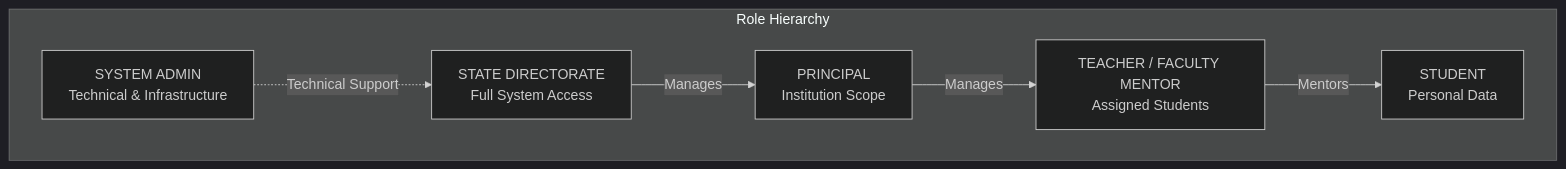
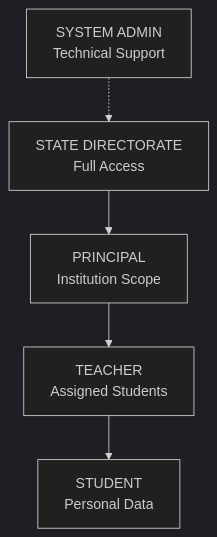
Before and after one commit to gunjangupta-gh/placeintern: the second of 58 diagrams in INTERNSHIP_PORTAL_FLOW_DIAGRAMS.md, drawn with Mermaid (dark theme). The commit also changed other lines of this file and 6 other files, not shown here.

````diff
--- a/INTERNSHIP_PORTAL_FLOW_DIAGRAMS.md
+++ b/INTERNSHIP_PORTAL_FLOW_DIAGRAMS.md
@@ -68,15 +42,7 @@
 ```mermaid
 flowchart TD
-    subgraph Hierarchy["Role Hierarchy"]
-        SYSADMIN_ROLE["SYSTEM ADMIN<br/>Technical & Infrastructure"]
-        STATE_DIR["STATE DIRECTORATE<br/>Full System Access"]
-        PRINCIPAL_ROLE["PRINCIPAL<br/>Institution Scope"]
-        TEACHER_ROLE["TEACHER / FACULTY MENTOR<br/>Assigned Students"]
-        STUDENT_ROLE["STUDENT<br/>Personal Data"]
-    end
-
-    SYSADMIN_ROLE -.-> |Technical Support| STATE_DIR
-    STATE_DIR --> |Manages| PRINCIPAL_ROLE
-    PRINCIPAL_ROLE --> |Manages| TEACHER_ROLE
-    TEACHER_ROLE --> |Mentors| STUDENT_ROLE
+    A["SYSTEM ADMIN<br/>Technical Support"]-.->B
+    B["STATE DIRECTORATE<br/>Full Access"]-->C
+    C["PRINCIPAL<br/>Institution Scope"]-->D
+    D["TEACHER<br/>Assigned Students"]-->E["STUDENT<br/>Personal Data"]
 ```
````
